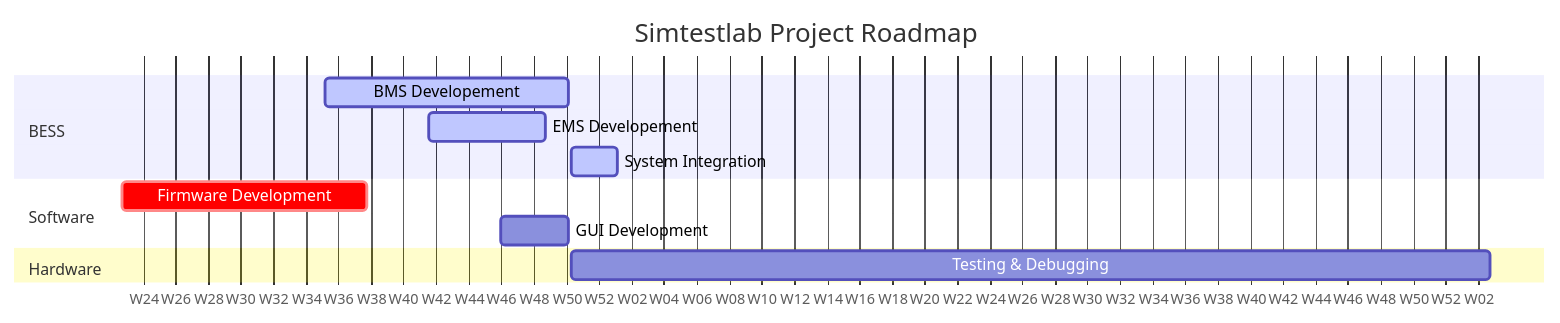
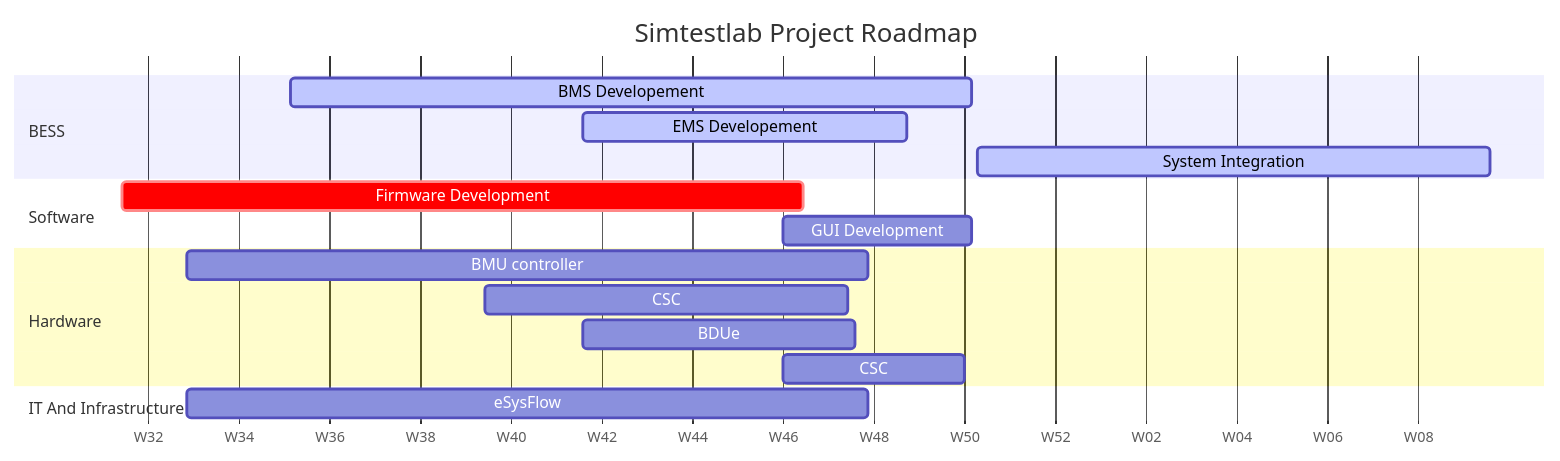
Before and after one commit to Simtestlab/atlas: the diagram in simtestlab/ProjectManagement/ProjectManager.md, drawn with Mermaid. The commit also changed 1 other file, not shown here.

Commit message:
roadmap: update hardware and software timeline

````diff
--- a/simtestlab/ProjectManagement/ProjectManager.md
+++ b/simtestlab/ProjectManagement/ProjectManager.md
@@ -4,16 +4,26 @@
 ```mermaid
 gantt
     dateFormat  YYYY-MM-DD
     title Simtestlab Project Roadmap
     axisFormat  W%U
     tickInterval 2week
+
+
     section BESS
-    BMS Developement      :active, 2025-09-01, 2025-12-15
-    EMS Developement      :active, 2025-10-16, 2025-12-05
-    System Integration      :active, 2025-12-16, 2026-01-05
+    BMS Developement      :active,bms, 2025-09-01, 2025-12-15
+    EMS Developement      :active,ems, 2025-10-16, 2025-12-05
+    System Integration      :active, 2025-12-16, 2026-03-05
     section Software
-    Firmware Development :crit,12, 2025-06-06, 15w
+    Firmware Development :crit,12, 2025-08-06, 15w
     GUI Development      : 2025-11-16, 2025-12-15
     section Hardware
-    Testing & Debugging  : 2025-12-16, 2027-01-15
+    BMU controller  : 2025-08-16, 15w
+    CSC  : 2025-10-1, 8w
+    BDUe  : 2025-10-16, 6w
+    CSC  : 2025-11-16, 4w
+    section IT And Infrastructure
+    eSysFlow  : 2025-08-16, 15w
+
+
+
 ```
````
